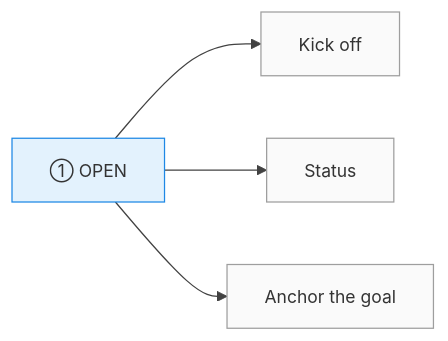
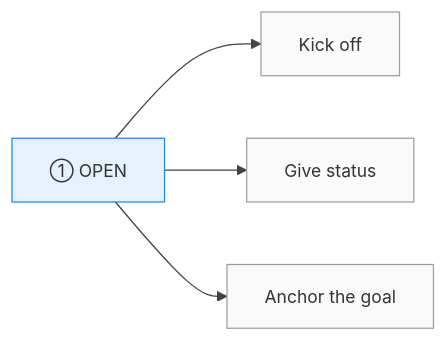
The fifth of 21 diagrams in posts/formal_communication/meeting-fluency-playbook.qmd (senthilkumarm1901/learn_by_blogging), drawn with Mermaid before and after one commit. The commit also changed other lines of this file and 1 other file, not shown here.

````diff
--- a/posts/formal_communication/meeting-fluency-playbook.qmd
+++ b/posts/formal_communication/meeting-fluency-playbook.qmd
@@ -135,10 +194,10 @@
 ```{mermaid}
 %%{init: {'theme': 'base', 'themeVariables': {'primaryColor': '#E3F2FD', 'primaryBorderColor': '#1E88E5', 'lineColor': '#424242', 'fontSize': '14px'}}}%%
 flowchart LR
     OPN["① OPEN"]:::opening --> K["Kick off"]:::neutral
-    OPN --> ST["Status"]:::neutral
+    OPN --> ST["Give status"]:::neutral
     OPN --> G["Anchor the goal"]:::neutral
 
     classDef opening fill:#E3F2FD,stroke:#1E88E5,stroke-width:1px;
     classDef neutral fill:#FAFAFA,stroke:#9E9E9E,stroke-width:1px;
 ```
````
